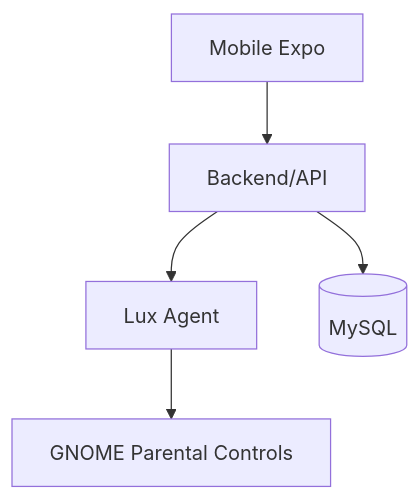
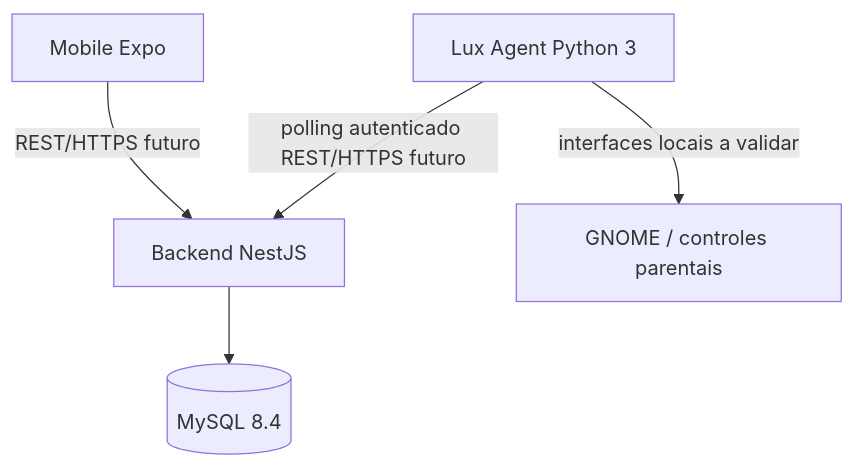
The diagram in docs/architecture.md (cfrans/Projeto-Integrador-FatecID-5Sem), drawn with Mermaid before and after one commit. The commit also changed other lines of this file and 10 other files, not shown here.

Commit message:
docs: consolidate project architecture and stack

````diff
--- a/docs/architecture.md
+++ b/docs/architecture.md
@@ -5,7 +5,7 @@
 ```mermaid
 flowchart TD
-    M[Mobile Expo] --> B[Backend/API]
-    B --> A[Lux Agent]
-    A --> G[GNOME Parental Controls]
-    B --> D[(MySQL)]
+    M[Mobile Expo] -->|REST/HTTPS futuro| B[Backend NestJS]
+    A[Lux Agent Python 3] -->|polling autenticado REST/HTTPS futuro| B[Backend NestJS]
+    A -->|interfaces locais a validar| G[GNOME / controles parentais]
+    B --> D[(MySQL 8.4)]
 ```
````
